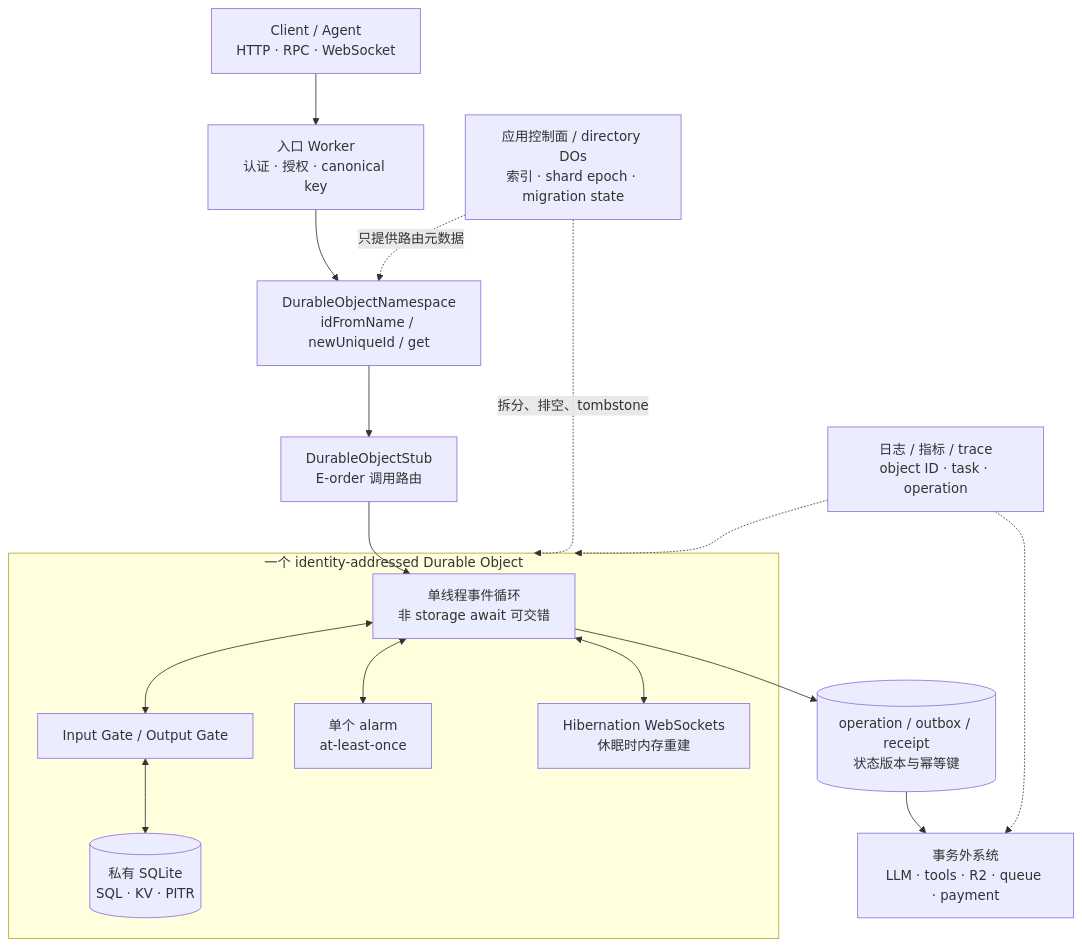
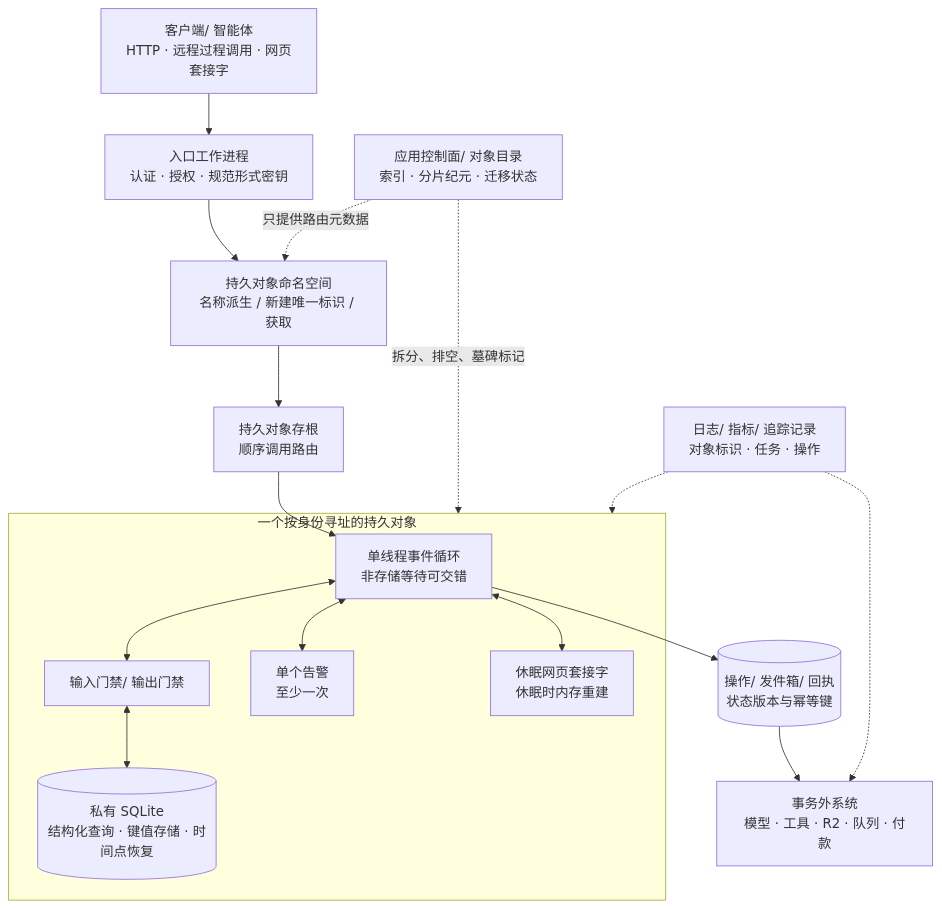
Before and after one commit to sealday/tego-arch: the diagram in content/cases/cloudflare-durable-objects-workerd.mdx, drawn with Mermaid. The commit also changed other lines of this file and 73 other files, not shown here.

````diff
--- a/content/cases/cloudflare-durable-objects-workerd.mdx
+++ b/content/cases/cloudflare-durable-objects-workerd.mdx
@@ -125,29 +127,29 @@
 ```mermaid
 flowchart TB
-  accTitle: 身份寻址的 Agent Durable Object 协调与外部副作用边界
-  accDescr: 客户端先经 Worker 鉴权和 canonical key 派生，再由 namespace 将名称或随机 ID 转成 stub，路由到一个 session task tenant 或 entity Durable Object。对象内单线程事件循环、SQLite、alarm 和 hibernation WebSocket 构成协调单元；模型、工具、队列与对象间索引位于事务外，必须经 outbox receipt 和版本校验。
+  accTitle: 身份寻址的智能体持久对象协调与外部副作用边界
+  accDescr: 客户端先经工作进程鉴权和规范形式密钥派生，再由命名空间将名称或随机标识转成存根，路由到一个会话、任务、租户或实体持久对象。对象内单线程事件循环、SQLite、告警和休眠网页套接字构成协调单元；模型、工具、队列与对象间索引位于事务外，必须经发件箱、回执和版本校验。
 
-  Client["Client / Agent\nHTTP · RPC · WebSocket"] --> Edge["入口 Worker\n认证 · 授权 · canonical key"]
-  Edge --> NS["DurableObjectNamespace\nidFromName / newUniqueId / get"]
-  NS --> Stub["DurableObjectStub\nE-order 调用路由"]
+  Client["客户端/ 智能体<br/>HTTP · 远程过程调用 · 网页套接字"] --> Edge["入口工作进程<br/>认证 · 授权 · 规范形式密钥"]
+  Edge --> NS["持久对象命名空间<br/>名称派生 / 新建唯一标识 / 获取"]
+  NS --> Stub["持久对象存根<br/>顺序调用路由"]
 
-  subgraph DO["一个 identity-addressed Durable Object"]
-    Loop["单线程事件循环\n非 storage await 可交错"]
-    Gate["Input Gate / Output Gate"]
-    DB[("私有 SQLite\nSQL · KV · PITR")]
-    Alarm["单个 alarm\nat-least-once"]
-    WS["Hibernation WebSockets\n休眠时内存重建"]
+  subgraph DO["一个按身份寻址的持久对象"]
+    Loop["单线程事件循环<br/>非存储等待可交错"]
+    Gate["输入门禁/ 输出门禁"]
+    DB[("私有 SQLite<br/>结构化查询 · 键值存储 · 时间点恢复")]
+    Alarm["单个告警<br/>至少一次"]
+    WS["休眠网页套接字<br/>休眠时内存重建"]
     Loop <--> Gate
     Gate <--> DB
     Loop <--> Alarm
     Loop <--> WS
   end
 
   Stub --> Loop
-  Loop --> Outbox[("operation / outbox / receipt\n状态版本与幂等键")]
-  Outbox --> External["事务外系统\nLLM · tools · R2 · queue · payment"]
-  Control["应用控制面 / directory DOs\n索引 · shard epoch · migration state"] -. "只提供路由元数据" .-> NS
-  Control -. "拆分、排空、tombstone" .-> DO
-  Obs["日志 / 指标 / trace\nobject ID · task · operation"] -.-> DO
+  Loop --> Outbox[("操作/ 发件箱/ 回执<br/>状态版本与幂等键")]
+  Outbox --> External["事务外系统<br/>模型 · 工具 · R2 · 队列 · 付款"]
+  Control["应用控制面/ 对象目录<br/>索引 · 分片纪元 · 迁移状态"] -. "只提供路由元数据" .-> NS
+  Control -. "拆分、排空、墓碑标记" .-> DO
+  Obs["日志/ 指标/ 追踪记录<br/>对象标识 · 任务 · 操作"] -.-> DO
   Obs -.-> External
 ```
````
